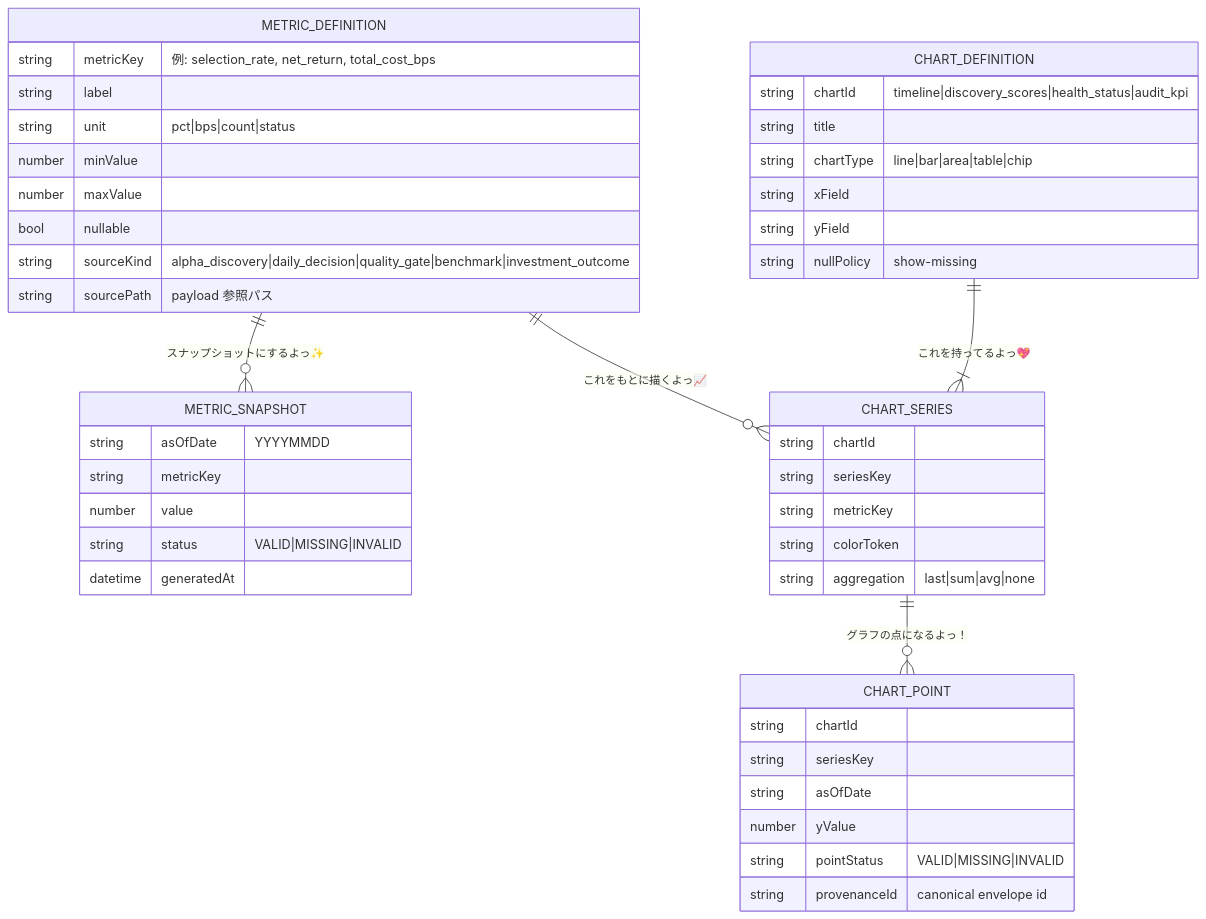
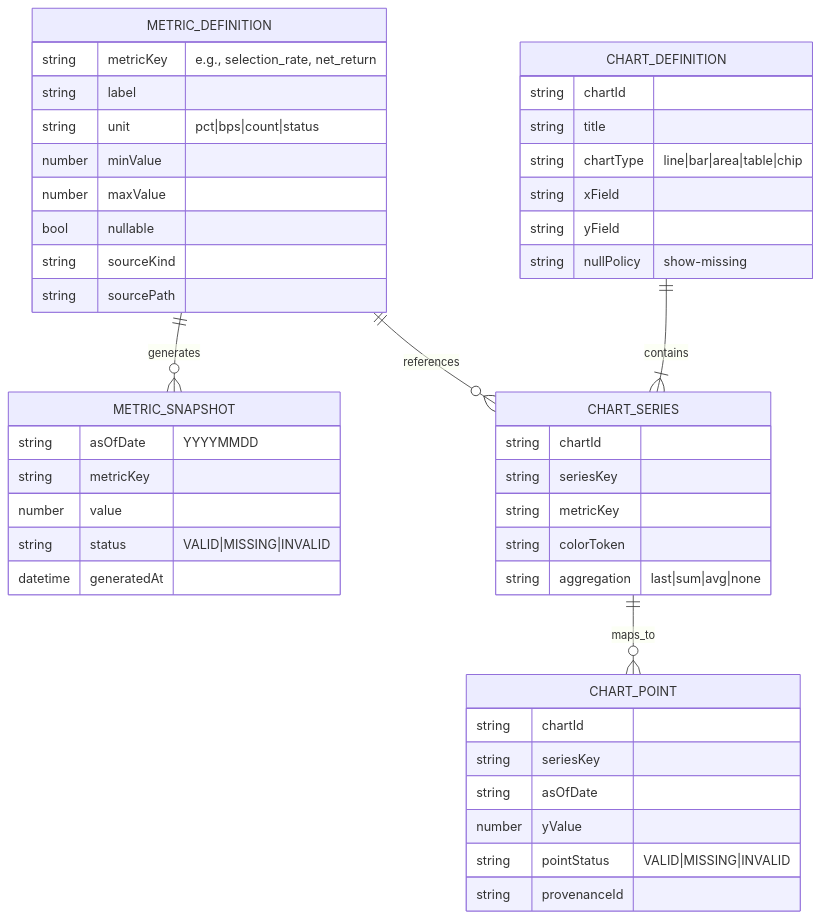
The fifth of 5 diagrams in docs/specs/Frontend.md (KAFKA2306/investor), drawn with Mermaid before and after one commit. The commit also changed other lines of this file and 37 other files, not shown here.

````diff
--- a/docs/specs/Frontend.md
+++ b/docs/specs/Frontend.md
@@ -254,52 +252,52 @@
 ```mermaid
 erDiagram
     METRIC_DEFINITION {
-      string metricKey "例: selection_rate, net_return, total_cost_bps"
+      string metricKey "e.g., selection_rate, net_return"
       string label
       string unit "pct|bps|count|status"
       number minValue
       number maxValue
       bool nullable
-      string sourceKind "alpha_discovery|daily_decision|quality_gate|benchmark|investment_outcome"
-      string sourcePath "payload 参照パス"
+      string sourceKind
+      string sourcePath
     }
 
     METRIC_SNAPSHOT {
       string asOfDate "YYYYMMDD"
       string metricKey
       number value
       string status "VALID|MISSING|INVALID"
       datetime generatedAt
     }
 
     CHART_DEFINITION {
-      string chartId "timeline|discovery_scores|health_status|audit_kpi"
+      string chartId
       string title
       string chartType "line|bar|area|table|chip"
       string xField
       string yField
       string nullPolicy "show-missing"
     }
 
     CHART_SERIES {
       string chartId
       string seriesKey
       string metricKey
       string colorToken
       string aggregation "last|sum|avg|none"
     }
 
     CHART_POINT {
       string chartId
       string seriesKey
       string asOfDate
       number yValue
       string pointStatus "VALID|MISSING|INVALID"
-      string provenanceId "canonical envelope id"
+      string provenanceId
     }
 
-    METRIC_DEFINITION ||--o{ METRIC_SNAPSHOT : "スナップショットにするよっ✨"
-    CHART_DEFINITION ||--|{ CHART_SERIES : "これを持ってるよっ💖"
-    CHART_SERIES ||--o{ CHART_POINT : "グラフの点になるよっ！"
-    METRIC_DEFINITION ||--o{ CHART_SERIES : "これをもとに描くよっ📈"
+    METRIC_DEFINITION ||--o{ METRIC_SNAPSHOT : generates
+    CHART_DEFINITION ||--|{ CHART_SERIES : contains
+    CHART_SERIES ||--o{ CHART_POINT : maps_to
+    METRIC_DEFINITION ||--o{ CHART_SERIES : references
 ```
````
